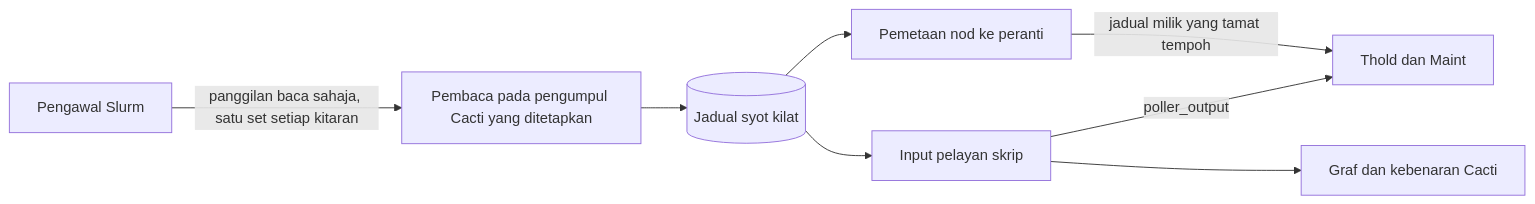
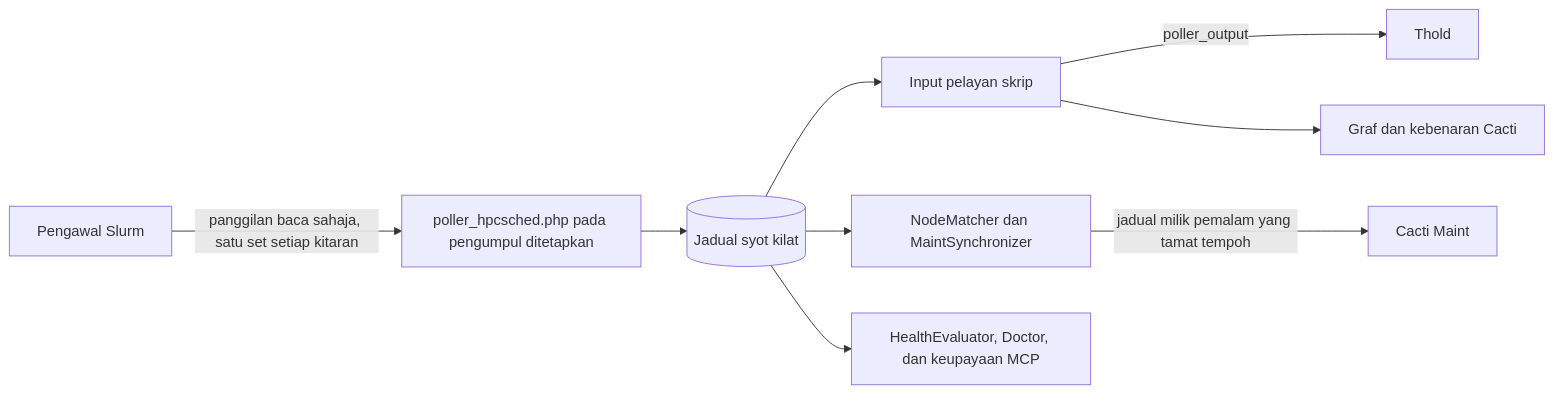
Before and after one commit to somethingwithproof/plugin_hpcsched: the diagram in docs/i18n/ms-MY/README.md, drawn with Mermaid. The commit also changed other lines of this file and 48 other files, not shown here.

````diff
--- a/docs/i18n/ms-MY/README.md
+++ b/docs/i18n/ms-MY/README.md
@@ -108,10 +163,11 @@
 ```mermaid
 flowchart LR
-    S[Pengawal Slurm] -->|panggilan baca sahaja, satu set setiap kitaran| R[Pembaca pada pengumpul Cacti yang ditetapkan]
+    S[Pengawal Slurm] -->|panggilan baca sahaja, satu set setiap kitaran| R[poller_hpcsched.php pada pengumpul ditetapkan]
     R --> SNAP[(Jadual syot kilat)]
     SNAP --> SS[Input pelayan skrip]
-    SS -->|poller_output| T[Thold dan Maint]
+    SS -->|poller_output| T[Thold]
     SS --> G[Graf dan kebenaran Cacti]
-    SNAP --> MAP[Pemetaan nod ke peranti]
-    MAP -->|jadual milik yang tamat tempoh| T
+    SNAP --> MAP[NodeMatcher dan MaintSynchronizer]
+    MAP -->|jadual milik pemalam yang tamat tempoh| M[Cacti Maint]
+    SNAP --> H[HealthEvaluator, Doctor, dan keupayaan MCP]
 ```
````
